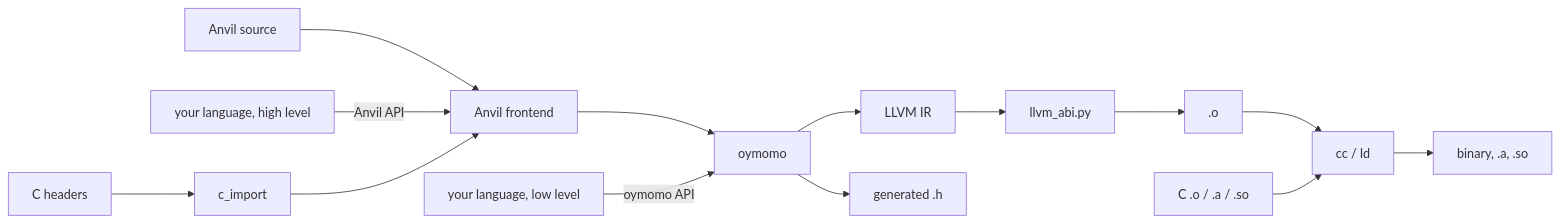
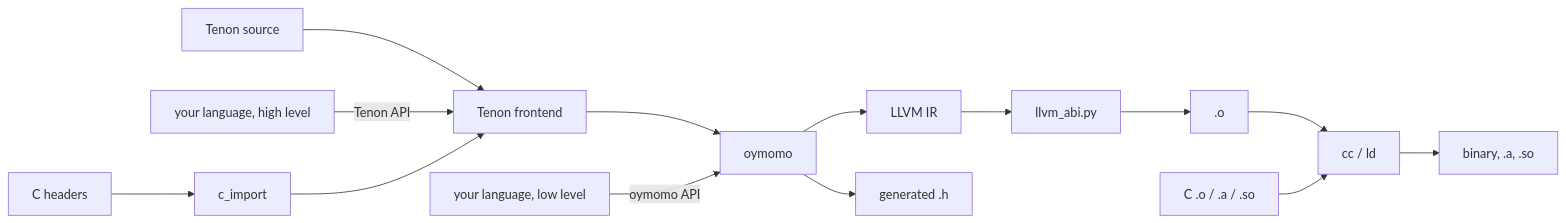
The first of 2 diagrams in oymo/docs/roadmap.md (tapl-org/tapl), drawn with Mermaid before and after one commit. The commit also changed other lines of this file and 5 other files, not shown here.

Commit message:
docs: rename language Anvil to Tenon across documentation and roadmaps

````diff
--- a/oymo/docs/roadmap.md
+++ b/oymo/docs/roadmap.md
@@ -81,13 +81,13 @@
 ```mermaid
 flowchart LR
-  anvil["Anvil source"] --> fe["Anvil frontend"]
-  hi["your language, high level"] -- "Anvil API" --> fe
+  tenon["Tenon source"] --> fe["Tenon frontend"]
+  hi["your language, high level"] -- "Tenon API" --> fe
   hdr["C headers"] --> imp["c_import"] --> fe
   fe --> o["oymomo"]
   lo["your language, low level"] -- "oymomo API" --> o
   o --> ll["LLVM IR"] --> abi["llvm_abi.py"] --> obj[".o"]
   obj --> link["cc / ld"]
   cobj["C .o / .a / .so"] --> link
   link --> out["binary, .a, .so"]
   o --> h["generated .h"]
 ```
````
